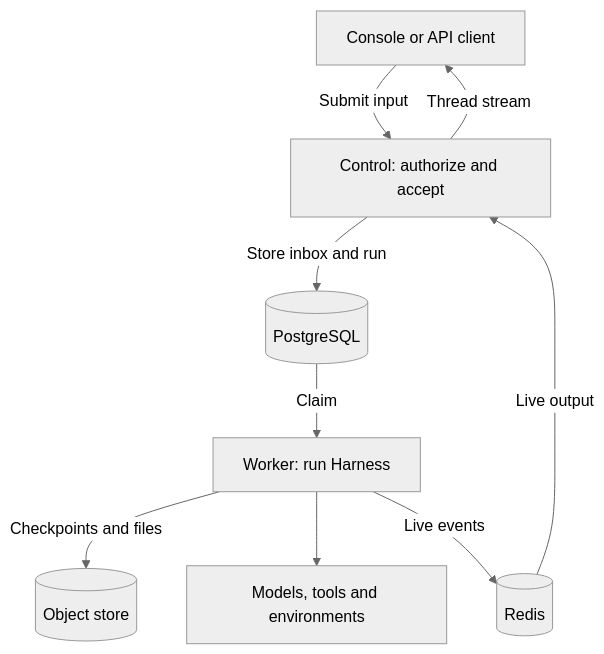
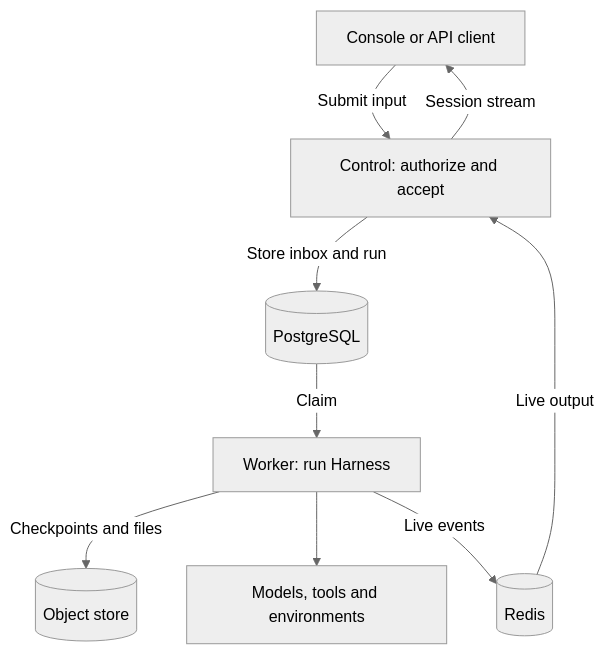
The diagram in docs/a13n-service/index.md (converge-ai-labs/agent-foundation), drawn with Mermaid (neutral theme) before and after one commit. The commit also changed 79 other files, not shown here.

First line of the commit message:
feat(service)!: replace per-thread streams with one session stream that repairs lost output

````diff
--- a/docs/a13n-service/index.md
+++ b/docs/a13n-service/index.md
@@ -28,16 +28,16 @@
 ```mermaid
 flowchart TB
     Client["Console or API client"] -->|"Submit input"| Control["Control: authorize and accept"]
     Control -->|"Store inbox and run"| Postgres[(PostgreSQL)]
     Postgres -->|"Claim"| Worker["Worker: run Harness"]
     Worker -->|"Checkpoints and files"| Objects[(Object store)]
     Worker --> External["Models, tools and environments"]
     Worker -->|"Live events"| Redis[(Redis)]
     Redis -->|"Live output"| Control
-    Control -->|"Thread stream"| Client
+    Control -->|"Session stream"| Client
 
     class Client app
     class Control,Worker a13n
     class Postgres,Objects,Redis store
     class External ext
 ```
````
